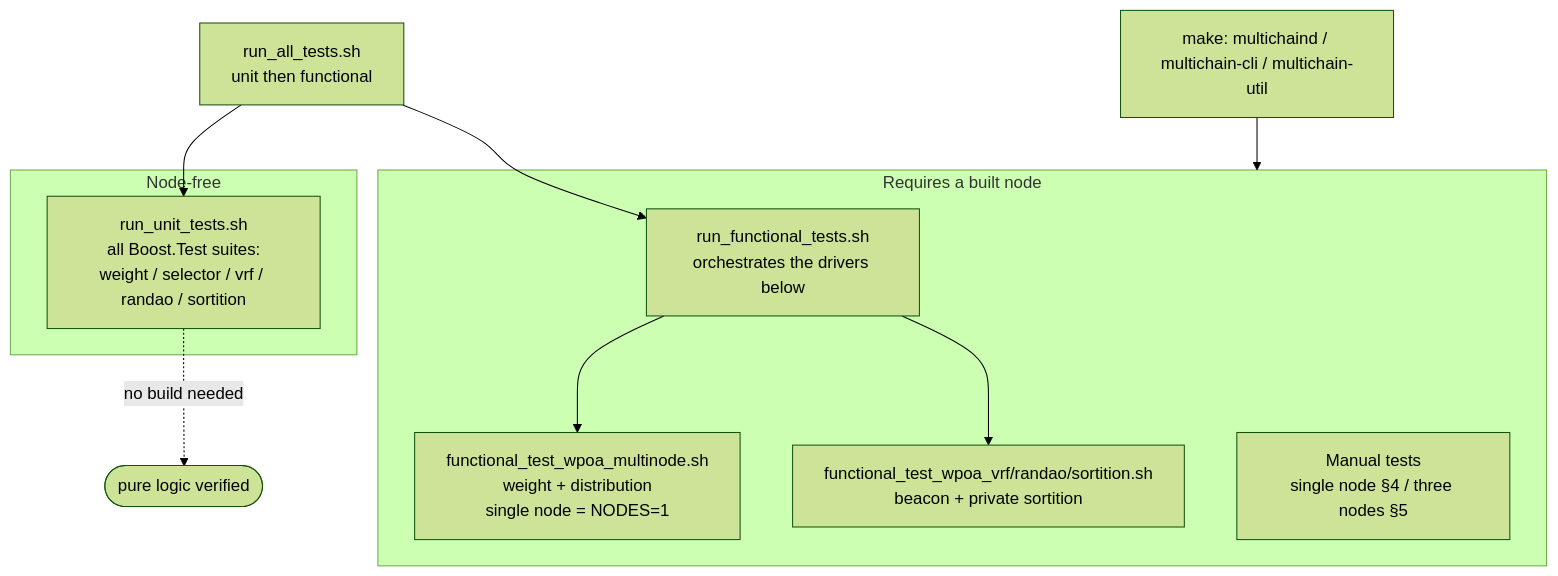
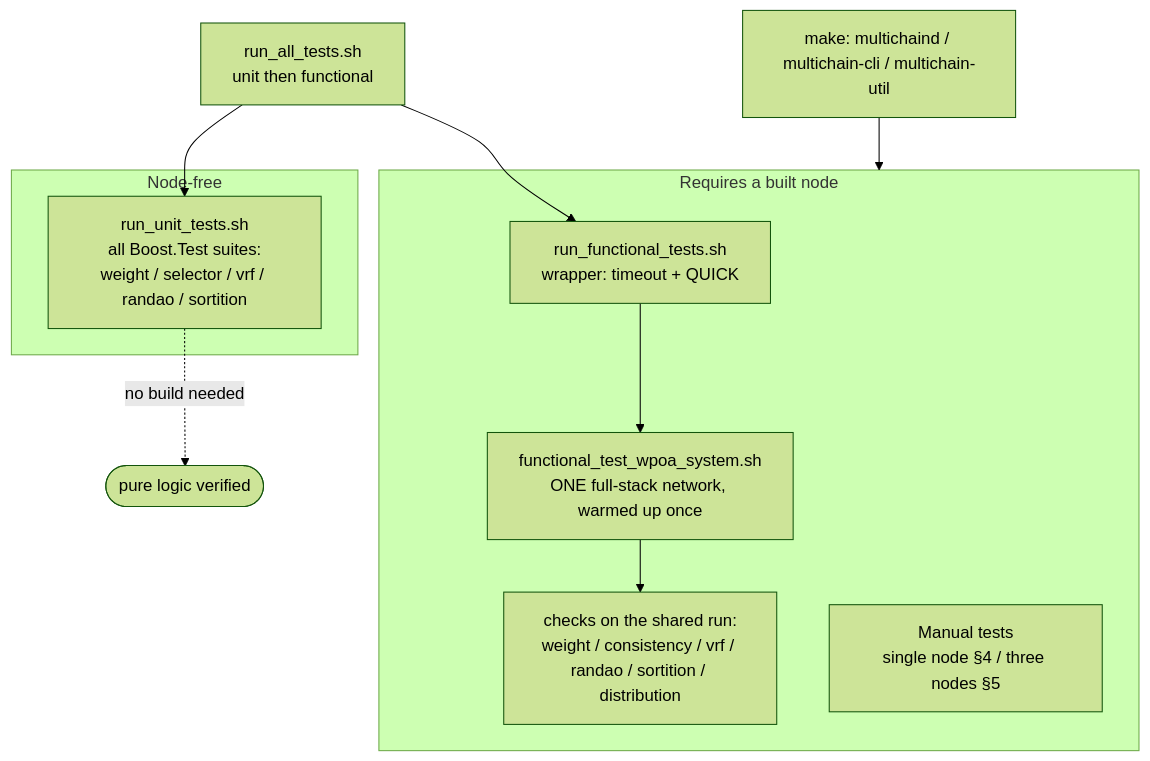
One commit to FeMattu/multichain changed the first of 2 diagrams in src/wpoa/docs/testing.md. Above: the diagram before and after it, drawn with Mermaid (forest theme). The commit also changed other lines of this file and 20 other files, not shown here.

Commit message:
Removed functional test redundancy

````diff
--- a/src/wpoa/docs/testing.md
+++ b/src/wpoa/docs/testing.md
@@ -22,18 +22,18 @@
 ```mermaid
 flowchart TD
     subgraph unit [Node-free]
         U[run_unit_tests.sh<br/>all Boost.Test suites:<br/>weight / selector / vrf / randao / sortition]
     end
     subgraph func [Requires a built node]
-        F[run_functional_tests.sh<br/>orchestrates the drivers below]
-        M[functional_test_wpoa_multinode.sh<br/>weight + distribution<br/>single node = NODES=1]
-        V[functional_test_wpoa_vrf/randao/sortition.sh<br/>beacon + private sortition]
+        F[run_functional_tests.sh<br/>wrapper: timeout + QUICK]
+        SYS[functional_test_wpoa_system.sh<br/>ONE full-stack network, warmed up once]
+        C[checks on the shared run:<br/>weight / consistency / vrf / randao / sortition / distribution]
         MAN[Manual tests<br/>single node §4 / three nodes §5]
     end
     ALL[run_all_tests.sh<br/>unit then functional] --> U
     ALL --> F
-    F --> M
-    F --> V
+    F --> SYS
+    SYS --> C
     BUILD[make: multichaind / multichain-cli / multichain-util] --> func
     U -.no build needed.-> UOK([pure logic verified])
 ```
````
